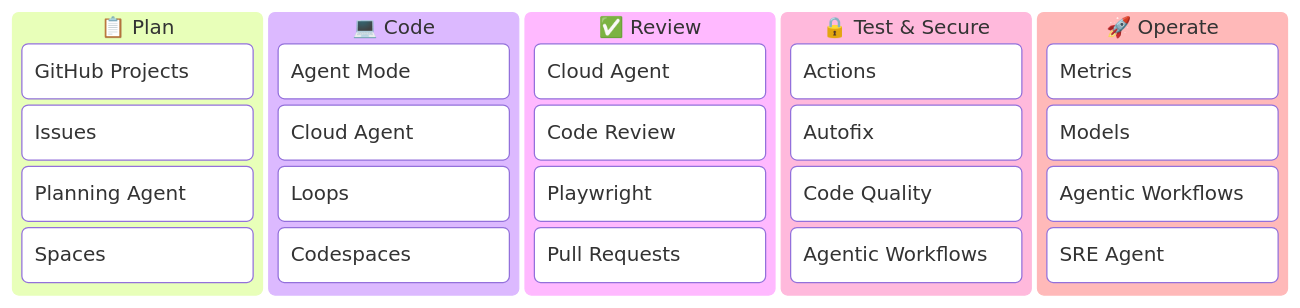
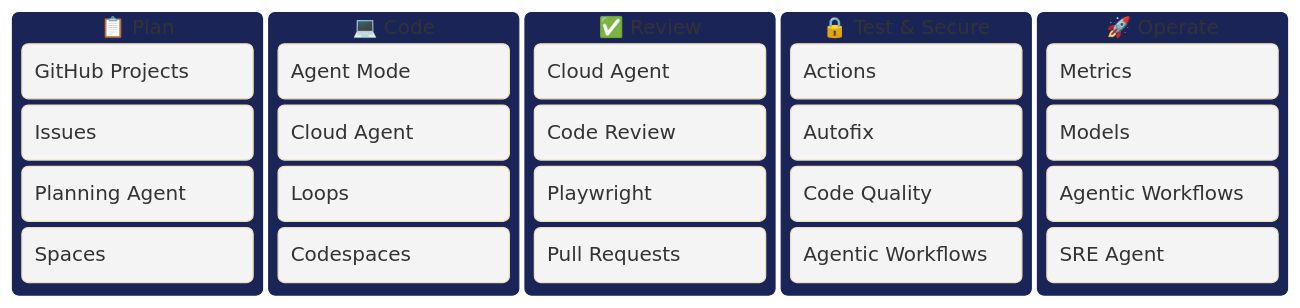
One commit to theomonfort/theomonfort changed the second of 3 diagrams in src/content/glossary/github.md. Above: the diagram before and after it, drawn with Mermaid. The commit also changed other lines of this file and 9 other files, not shown here.

````diff
--- a/src/content/glossary/github.md
+++ b/src/content/glossary/github.md
@@ -55,28 +55,29 @@
 ```mermaid
+%%{init: {"theme":"base","themeVariables":{"cScale2":"#0e1430","cScale3":"#0e1430","cScale4":"#0e1430","cScale5":"#0e1430","cScale6":"#0e1430","cScaleLabel2":"#9bbc0f","cScaleLabel3":"#ff2e88","cScaleLabel4":"#ffb000","cScaleLabel5":"#00f0ff","cScaleLabel6":"#9bbc0f"}}}%%
 kanban
   PLAN[📋 Plan]
     plan_projects[GitHub Projects]
     plan_issues[Issues]
     plan_agent[Planning Agent]
     plan_spaces[Spaces]
   CODE[💻 Code]
     code_agent_mode[Agent Mode]
     code_cloud_agent[Cloud Agent]
     code_loops[Loops]
     code_codespaces[Codespaces]
   REVIEW[✅ Review]
     review_cloud_agent[Cloud Agent]
     review_code_review[Code Review]
     review_playwright[Playwright]
     review_pr[Pull Requests]
   TEST[🔒 Test & Secure]
     test_actions[Actions]
     test_autofix[Autofix]
     test_quality[Code Quality]
     test_workflows[Agentic Workflows]
   OPS[🚀 Operate]
     ops_metrics[Metrics]
     ops_models[Models]
     ops_workflows[Agentic Workflows]
     ops_sre[SRE Agent]
 ```
````
